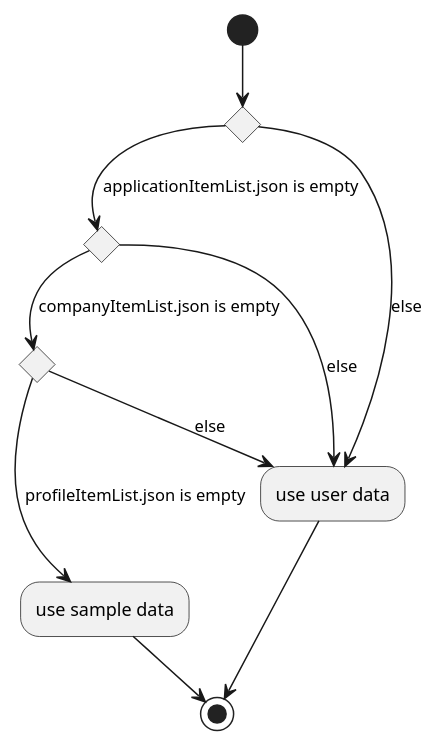
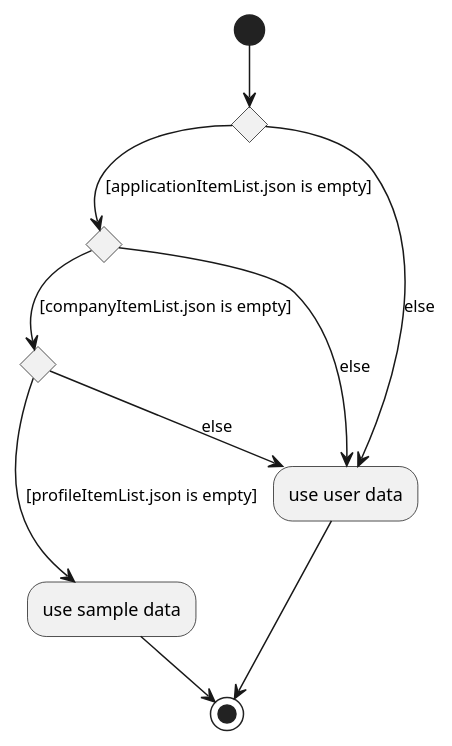
Before and after one commit to shawn-nyk/tp: the diagram in docs/diagrams/SampleDataActivityDiagram.puml, drawn with PlantUML. The commit also changed 1 other file, not shown here.

```diff
--- a/docs/diagrams/SampleDataActivityDiagram.puml
+++ b/docs/diagrams/SampleDataActivityDiagram.puml
@@ -1,17 +1,17 @@
 @startuml
 (*)  --> If "" then
-    [applicationItemList.json is empty] If "" then
-        [companyItemList.json is empty] If "" then
-        ---> [profileItemList.json is empty] "use sample data"
+    [[applicationItemList.json is empty&#93;] If "" then
+        [[companyItemList.json is empty&#93;] If "" then
+        ---> [[profileItemList.json is empty&#93;] "use sample data"
         -->(*)
         else
         --> [else] "use user data"
         Endif
     else
     --> [else] "use user data"
     Endif
 else
 --> [else] "use user data"
 Endif
 -->(*)
 @enduml
```
